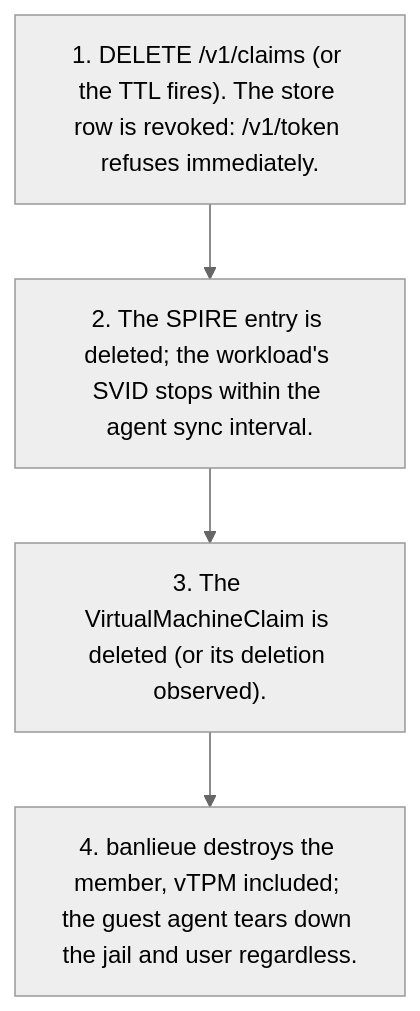
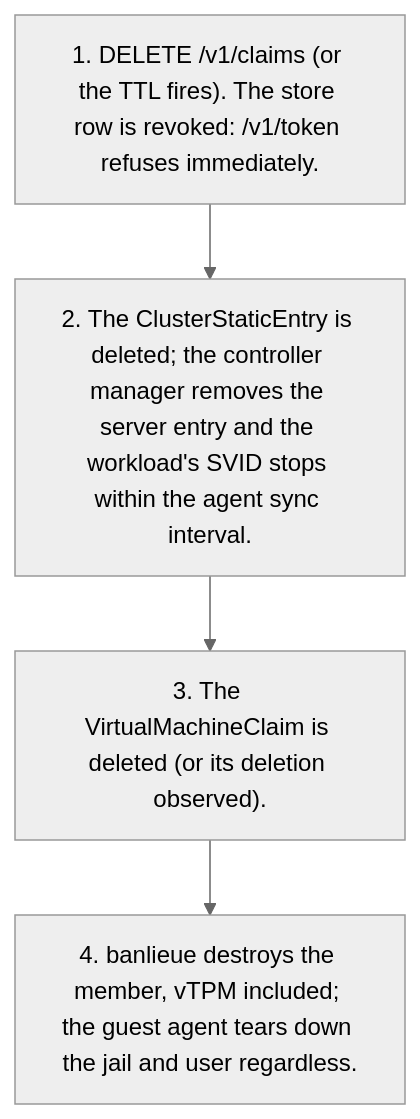
One commit to firestoned/mediatore changed the second of 3 diagrams in docs/architecture/diagrams/flows.md. Above: the diagram before and after it, drawn with Mermaid (neutral theme). The commit also changed other lines of this file and 18 other files, not shown here.

````diff
--- a/docs/architecture/diagrams/flows.md
+++ b/docs/architecture/diagrams/flows.md
@@ -49,8 +50,8 @@
 ```mermaid
 flowchart TD
     t1["1. DELETE /v1/claims (or the TTL fires). The store row is revoked: /v1/token refuses immediately."]
-    t2["2. The SPIRE entry is deleted; the workload's SVID stops within the agent sync interval."]
+    t2["2. The ClusterStaticEntry is deleted; the controller manager removes the server entry and the workload's SVID stops within the agent sync interval."]
     t3["3. The VirtualMachineClaim is deleted (or its deletion observed)."]
     t4["4. banlieue destroys the member, vTPM included; the guest agent tears down the jail and user regardless."]
     t1 --> t2 --> t3 --> t4
 ```
````
